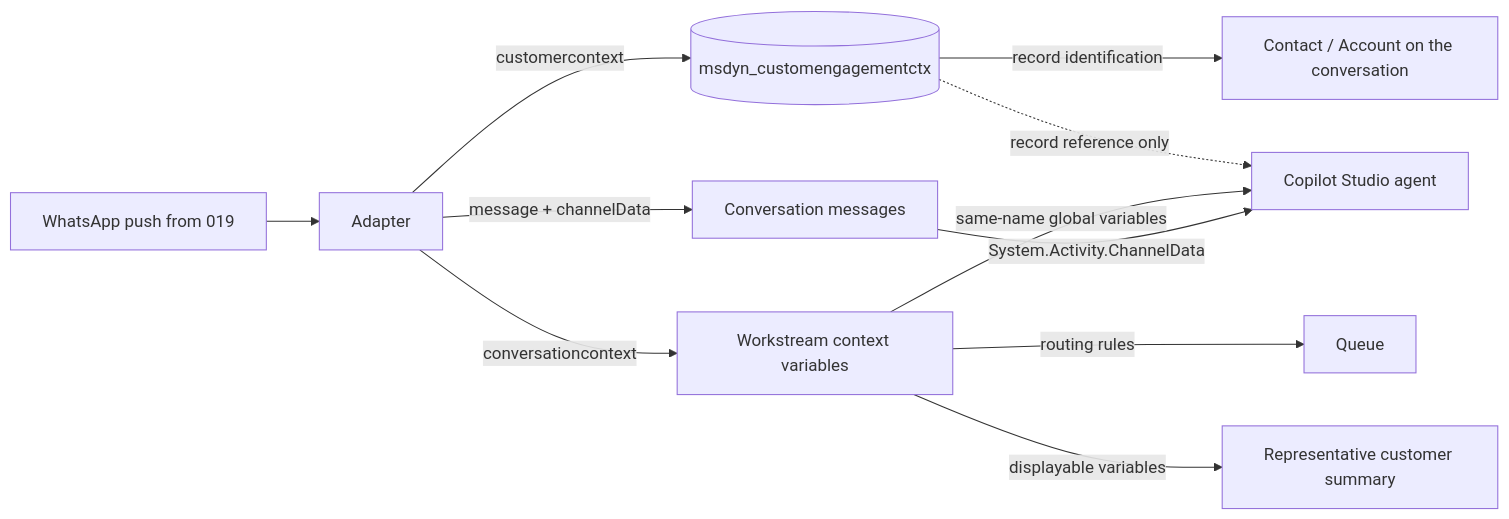
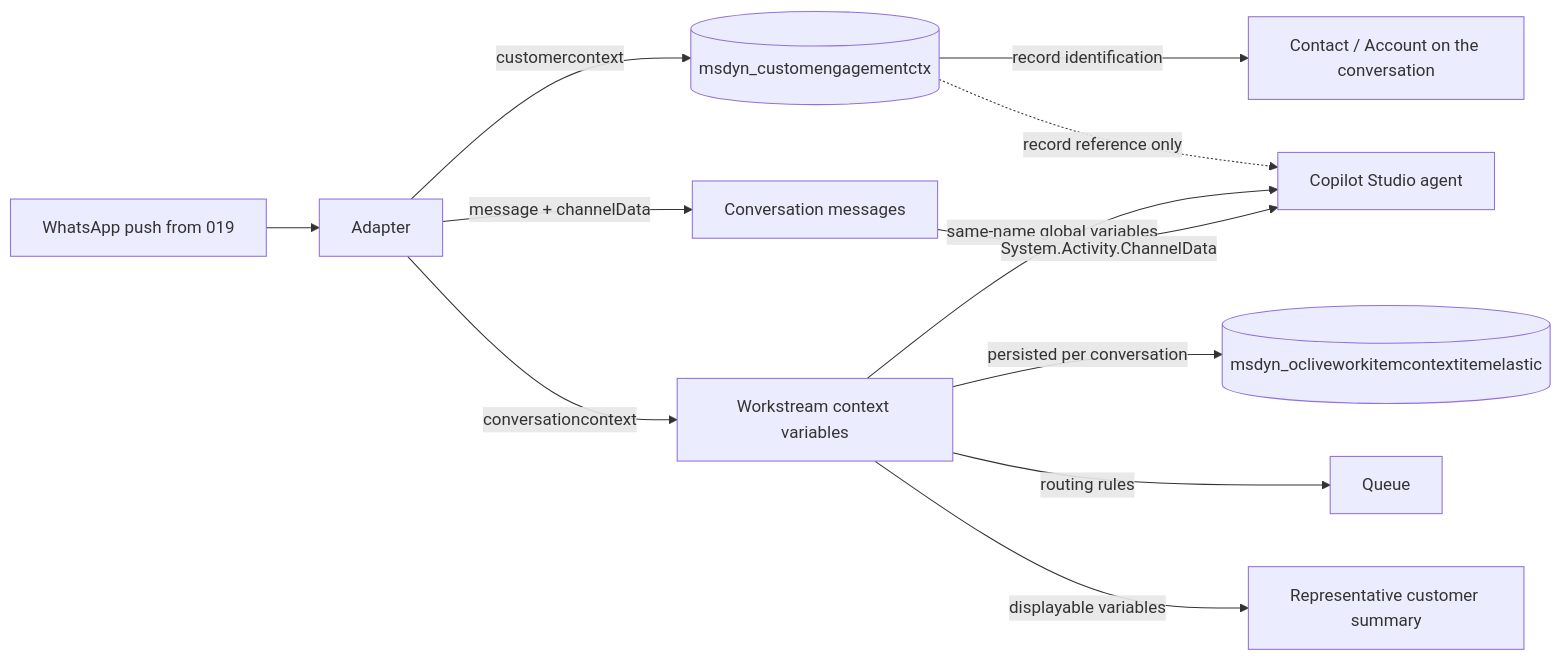
One commit to alexander-you/d365-contact-center-019-whatsapp-channel changed the diagram in docs/conversation-context.md. Above: the diagram before and after it, drawn with Mermaid. The commit also changed other lines of this file, not shown here.

Commit message:
Document msdyn_ocliveworkitemcontextitemelastic as the persisted conversation context

````diff
--- a/docs/conversation-context.md
+++ b/docs/conversation-context.md
@@ -15,13 +15,14 @@
 ```mermaid
 flowchart LR
     W[WhatsApp push from 019] --> A[Adapter]
     A -- "customercontext" --> CE[(msdyn_customengagementctx)]
     A -- "conversationcontext" --> CTX[Workstream context variables]
+    CTX -- "persisted per conversation" --> CEL[(msdyn_ocliveworkitemcontextitemelastic)]
     A -- "message + channelData" --> MSG[Conversation messages]
     CE -- "record identification" --> CUST[Contact / Account on the conversation]
     CE -. "record reference only" .-> AG[Copilot Studio agent]
     CTX -- "routing rules" --> Q[Queue]
     CTX -- "same-name global variables" --> AG
     CTX -- "displayable variables" --> REP[Representative customer summary]
     MSG -- "System.Activity.ChannelData" --> AG
 ```
````
